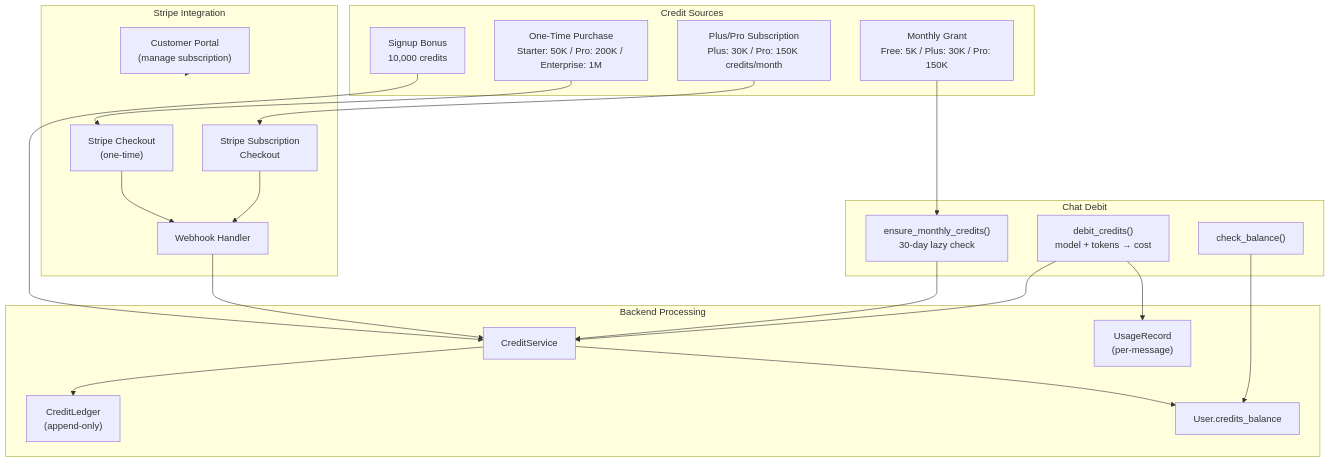
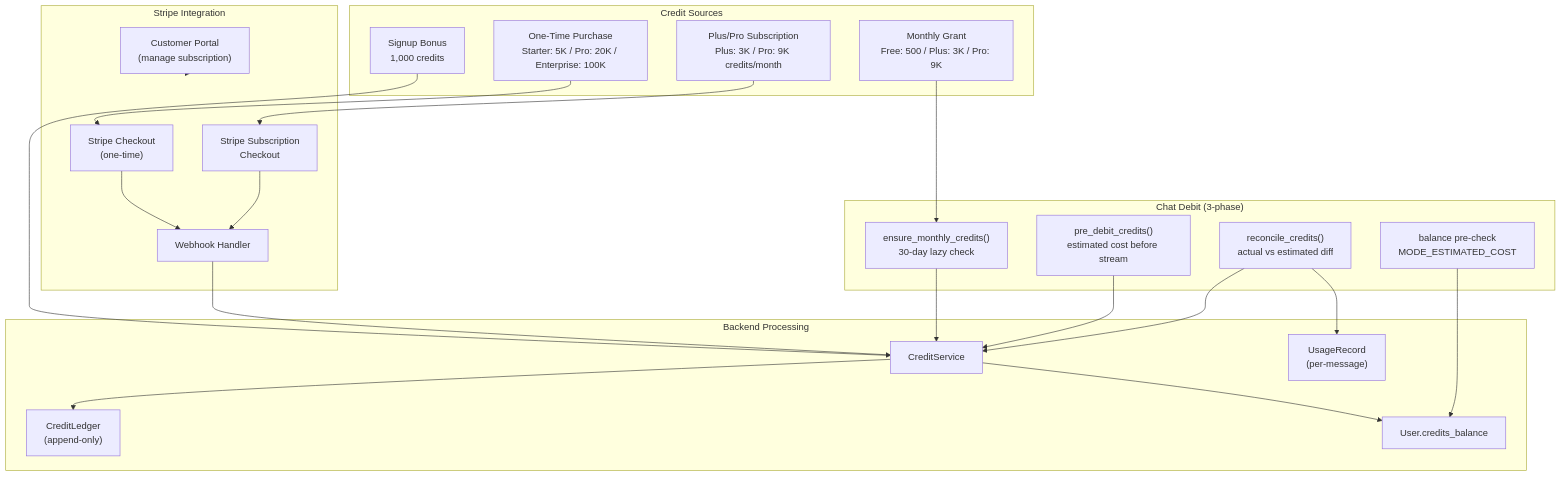
Before and after one commit to Rswcf/DocTalk: the fifth of 8 diagrams in docs/ARCHITECTURE.md, drawn with Mermaid. The commit also changed other lines of this file and 7 other files, not shown here.

First line of the commit message:
docs: sync all documentation with post-rescale pricing and 3-phase credit flow

````diff
--- a/docs/ARCHITECTURE.md
+++ b/docs/ARCHITECTURE.md
@@ -257,43 +257,45 @@
 ```mermaid
 flowchart TB
     subgraph Sources["Credit Sources"]
-        Signup["Signup Bonus<br/>10,000 credits"]
-        Monthly["Monthly Grant<br/>Free: 5K / Plus: 30K / Pro: 150K"]
-        Purchase["One-Time Purchase<br/>Starter: 50K / Pro: 200K / Enterprise: 1M"]
-        Subscription["Plus/Pro Subscription<br/>Plus: 30K / Pro: 150K credits/month"]
+        Signup["Signup Bonus<br/>1,000 credits"]
+        Monthly["Monthly Grant<br/>Free: 500 / Plus: 3K / Pro: 9K"]
+        Purchase["One-Time Purchase<br/>Starter: 5K / Pro: 20K / Enterprise: 100K"]
+        Subscription["Plus/Pro Subscription<br/>Plus: 3K / Pro: 9K credits/month"]
     end
 
     subgraph Stripe["Stripe Integration"]
         Checkout["Stripe Checkout<br/>(one-time)"]
         SubCheckout["Stripe Subscription<br/>Checkout"]
         Portal["Customer Portal<br/>(manage subscription)"]
         Webhook["Webhook Handler"]
     end
 
     subgraph Backend["Backend Processing"]
         CreditService["CreditService"]
         Ledger["CreditLedger<br/>(append-only)"]
         Balance["User.credits_balance"]
         UsageRecord["UsageRecord<br/>(per-message)"]
     end
 
-    subgraph Chat["Chat Debit"]
+    subgraph Chat["Chat Debit (3-phase)"]
         EnsureMonthly["ensure_monthly_credits()<br/>30-day lazy check"]
-        CheckBalance["check_balance()"]
-        Debit["debit_credits()<br/>model + tokens → cost"]
+        PreCheck["balance pre-check<br/>MODE_ESTIMATED_COST"]
+        PreDebit["pre_debit_credits()<br/>estimated cost before stream"]
+        Reconcile["reconcile_credits()<br/>actual vs estimated diff"]
     end
 
     Signup --> CreditService
     Monthly --> EnsureMonthly
     Purchase --> Checkout --> Webhook --> CreditService
     Subscription --> SubCheckout --> Webhook
     Portal --> Stripe
 
     CreditService --> Ledger
     CreditService --> Balance
 
     EnsureMonthly --> CreditService
-    CheckBalance --> Balance
-    Debit --> CreditService
-    Debit --> UsageRecord
+    PreCheck --> Balance
+    PreDebit --> CreditService
+    Reconcile --> CreditService
+    Reconcile --> UsageRecord
 ```
````
